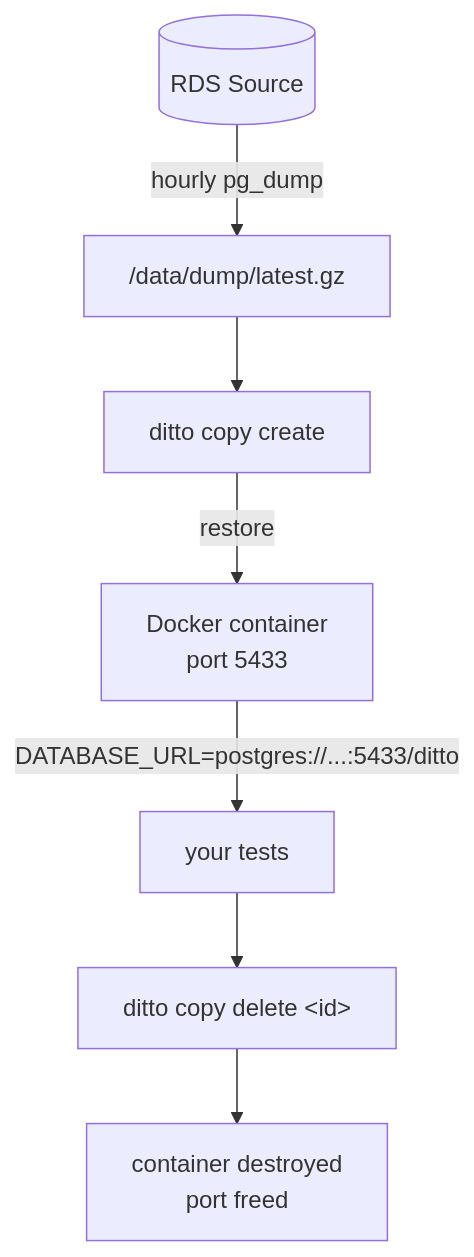
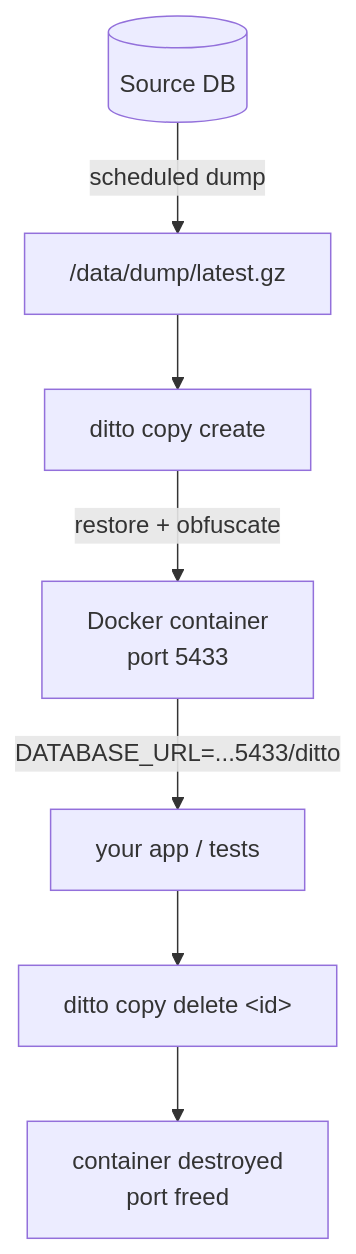
Before and after one commit to attaradev/ditto: the diagram in README.md, drawn with Mermaid. The commit also changed other lines of this file and 29 other files, not shown here.

````diff
--- a/README.md
+++ b/README.md
@@ -180,17 +355,17 @@
 ```mermaid
 flowchart TD
-    RDS[(RDS Source)]
+    SRC[(Source DB)]
     DUMP["/data/dump/latest.gz"]
     CMD["ditto copy create"]
     CTR["Docker container\nport 5433"]
-    TEST["your tests"]
+    APP["your app / tests"]
     DEL["ditto copy delete &lt;id&gt;"]
     FREE["container destroyed\nport freed"]
 
-    RDS -->|"hourly pg_dump"| DUMP
+    SRC -->|"scheduled dump"| DUMP
     DUMP --> CMD
-    CMD -->|"restore"| CTR
-    CTR -->|"DATABASE_URL=postgres://...:5433/ditto"| TEST
-    TEST --> DEL
+    CMD -->|"restore + obfuscate"| CTR
+    CTR -->|"DATABASE_URL=...5433/ditto"| APP
+    APP --> DEL
     DEL --> FREE
 ```
````
